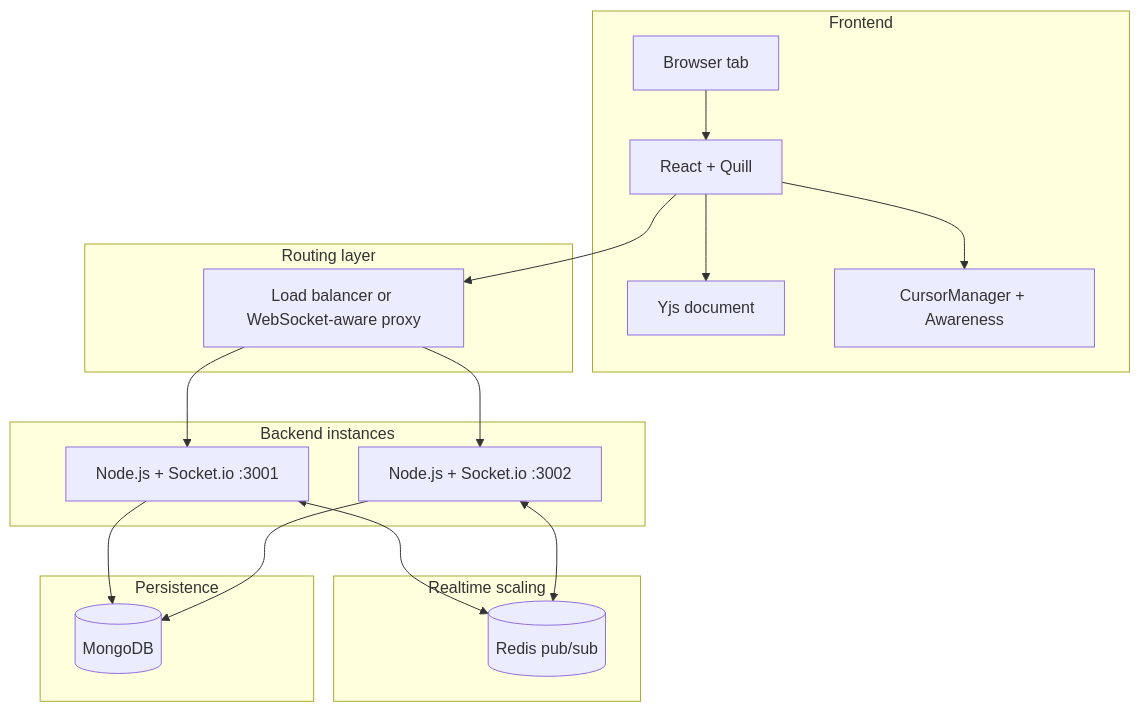
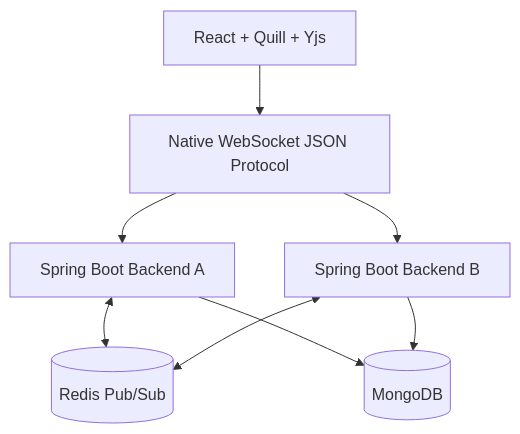
Before and after one commit to anubhab555/collab-editor: the diagram in docs/ARCHITECTURE.md, drawn with Mermaid. The commit also changed other lines of this file and 143 other files, not shown here.

````diff
--- a/docs/ARCHITECTURE.md
+++ b/docs/ARCHITECTURE.md
@@ -75,38 +7,17 @@
 ```mermaid
 graph TB
-    subgraph Frontend["Frontend"]
-        Browser["Browser tab"]
-        React["React + Quill"]
-        YDoc["Yjs document"]
-        Cursor["CursorManager + Awareness"]
+    Browser["React + Quill + Yjs"]
+    WS["Native WebSocket JSON Protocol"]
+    SpringA["Spring Boot Backend A"]
+    SpringB["Spring Boot Backend B"]
+    Redis[("Redis Pub/Sub")]
+    Mongo[("MongoDB")]
 
-        Browser --> React
-        React --> YDoc
-        React --> Cursor
-    end
-
-    subgraph Proxy["Routing layer"]
-        LB["Load balancer or WebSocket-aware proxy"]
-    end
-
-    subgraph Backend["Backend instances"]
-        NodeA["Node.js + Socket.io :3001"]
-        NodeB["Node.js + Socket.io :3002"]
-    end
-
-    subgraph Realtime["Realtime scaling"]
-        Redis[("Redis pub/sub")]
-    end
-
-    subgraph Data["Persistence"]
-        Mongo[("MongoDB")]
-    end
-
-    React --> LB
-    LB --> NodeA
-    LB --> NodeB
-    NodeA <--> Redis
-    NodeB <--> Redis
-    NodeA --> Mongo
-    NodeB --> Mongo
+    Browser --> WS
+    WS --> SpringA
+    WS --> SpringB
+    SpringA <--> Redis
+    SpringB <--> Redis
+    SpringA --> Mongo
+    SpringB --> Mongo
 ```
````
